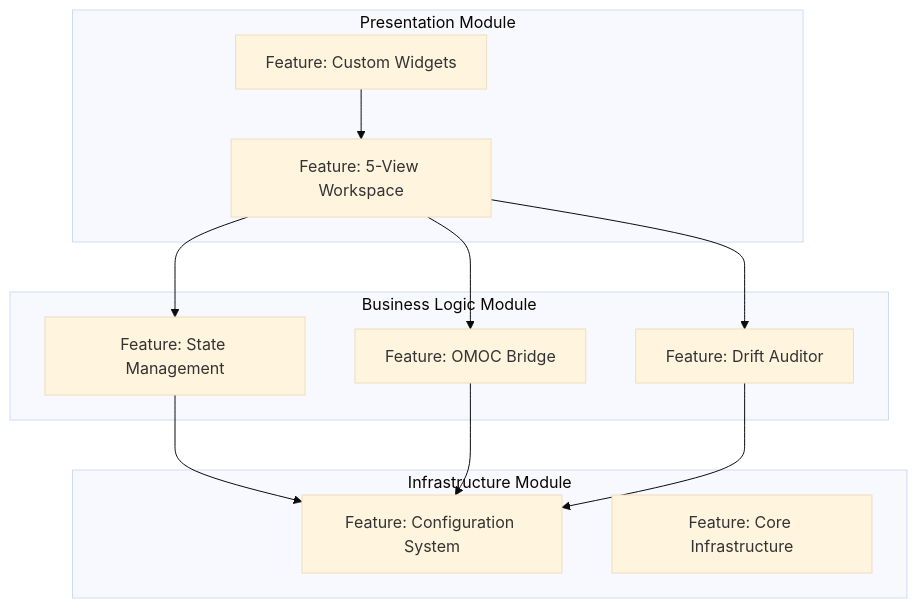
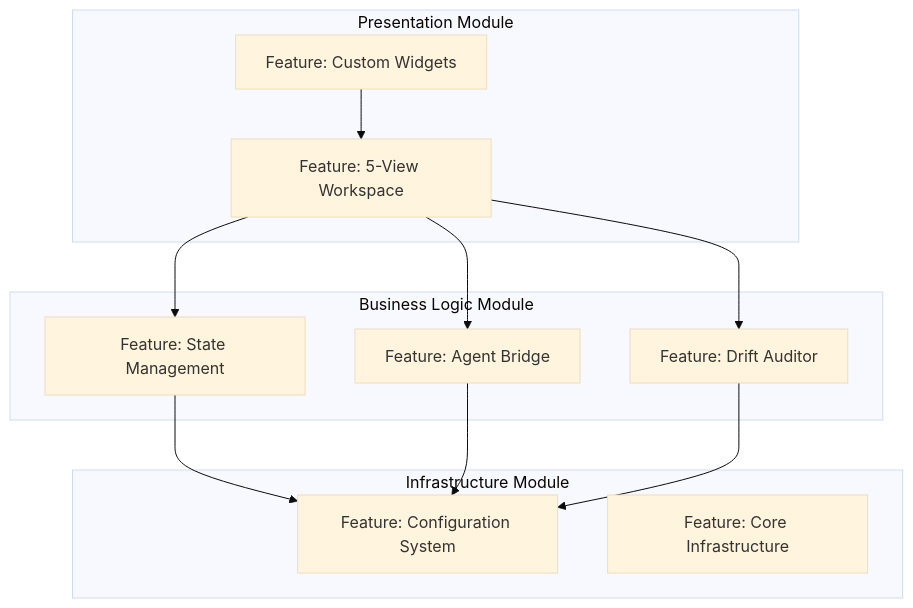
One commit to wp-sbwon/manifest changed the fifth of 11 diagrams in docs/project-manifest/visualization.md. Above: the diagram before and after it, drawn with Mermaid (base theme). The commit also changed other lines of this file and 49 other files, not shown here.

````diff
--- a/docs/project-manifest/visualization.md
+++ b/docs/project-manifest/visualization.md
@@ -145,26 +145,26 @@
 ```mermaid
 graph TD
     subgraph Presentation["Presentation Module"]
         F1[Feature: Custom Widgets]
         F2[Feature: 5-View Workspace]
     end
     
     subgraph BusinessLogic["Business Logic Module"]
         F3[Feature: State Management]
-        F4[Feature: OMOC Bridge]
+        F4[Feature: Agent Bridge]
         F5[Feature: Drift Auditor]
     end
     
     subgraph Infrastructure["Infrastructure Module"]
         F6[Feature: Configuration System]
         F7[Feature: Core Infrastructure]
     end
     
     F2 --> F3
     F2 --> F4
     F2 --> F5
     F1 --> F2
     F3 --> F6
     F4 --> F6
     F5 --> F6
 ```
````
